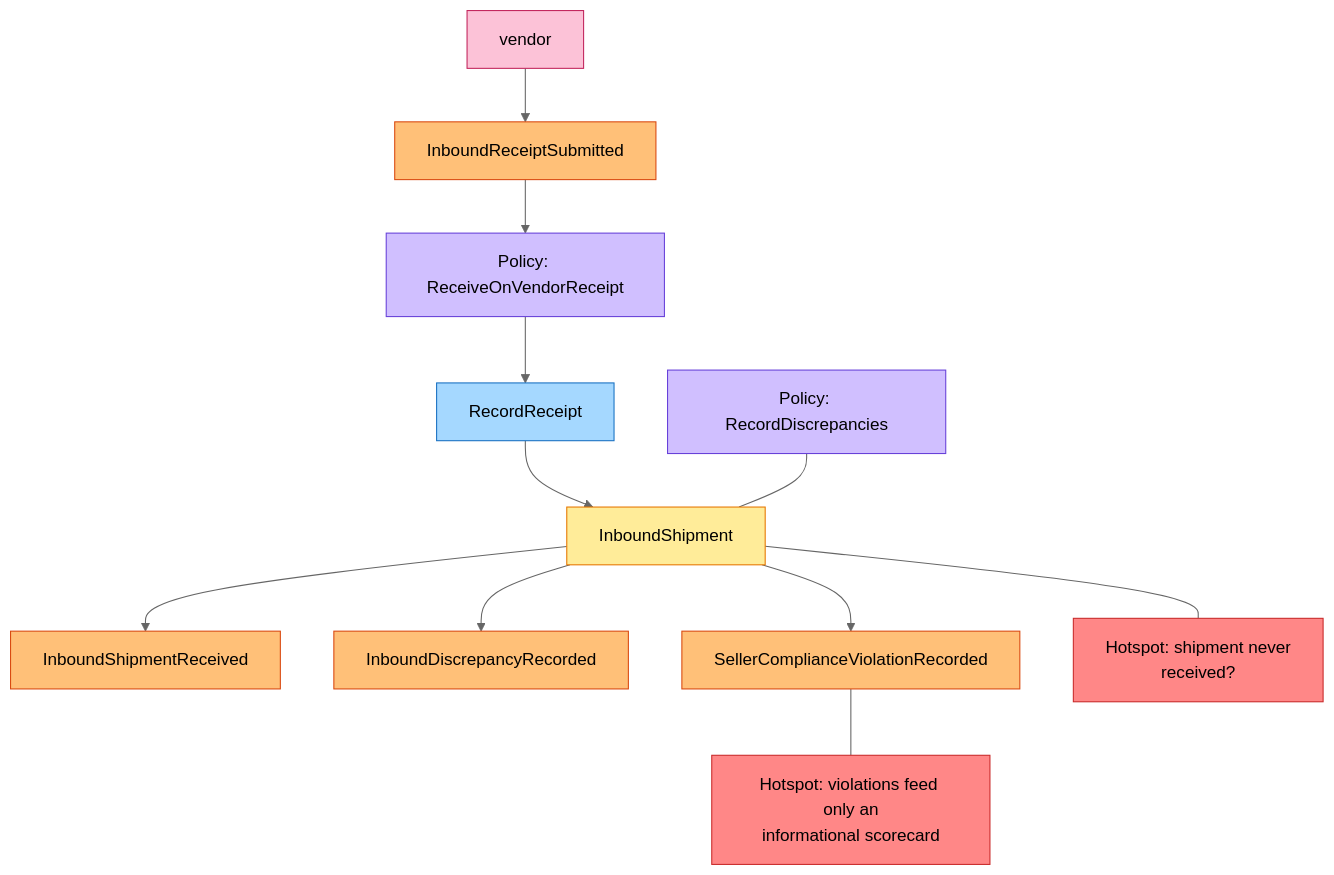
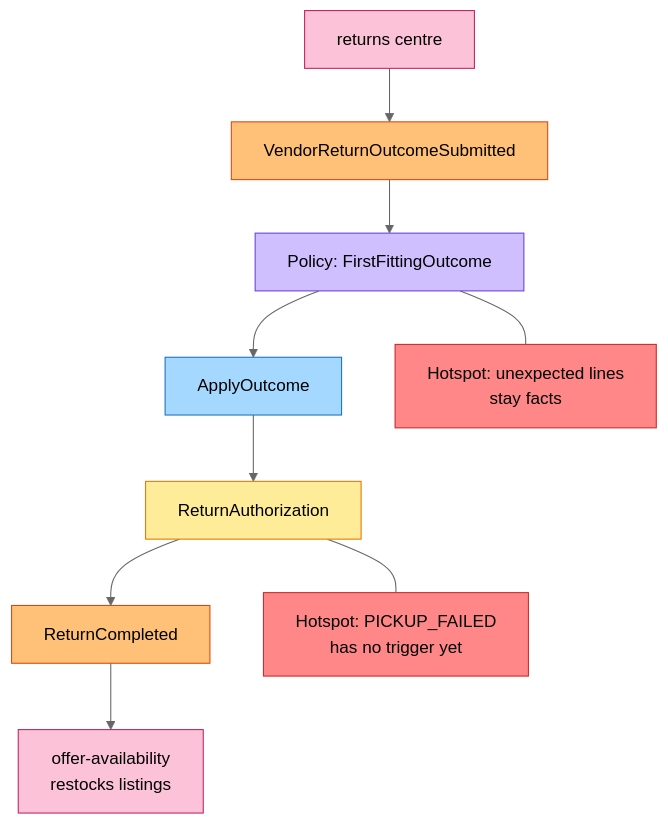
The third of 3 diagrams in docs/docs/ddd/eventstorming.md (IQVO/customer-returns), drawn with Mermaid (neutral theme) before and after one commit. The commit also changed other lines of this file and 13 other files, not shown here.

````diff
--- a/docs/docs/ddd/eventstorming.md
+++ b/docs/docs/ddd/eventstorming.md
@@ -83,27 +85,21 @@
 ```mermaid
 flowchart TB
-    V["vendor"]:::external
-    E1["InboundReceiptSubmitted"]:::event
-    P1["Policy: ReceiveOnVendorReceipt"]:::policy
-    C1["RecordReceipt"]:::command
-    G1["InboundShipment"]:::aggregate
-    P2["Policy: RecordDiscrepancies"]:::policy
-    E2["InboundShipmentReceived"]:::event
-    E3["InboundDiscrepancyRecorded"]:::event
-    E4["SellerComplianceViolationRecorded"]:::event
-    H1["Hotspot: shipment never<br/>received?"]:::hotspot
-    H2["Hotspot: violations feed only an<br/>informational scorecard"]:::hotspot
-    V --> E1 --> P1 --> C1 --> G1
-    P2 --- G1
-    G1 --> E2
-    G1 --> E3
-    G1 --> E4
-    G1 --- H1
-    E4 --- H2
+    V["returns centre"]:::external
+    E1["VendorReturnOutcomeSubmitted"]:::event
+    P1["Policy: FirstFittingOutcome"]:::policy
+    C1["ApplyOutcome"]:::command
+    G1["ReturnAuthorization"]:::aggregate
+    E2["ReturnCompleted"]:::event
+    X2["offer-availability<br/>restocks listings"]:::external
+    H1["Hotspot: unexpected lines<br/>stay facts"]:::hotspot
+    H2["Hotspot: PICKUP_FAILED<br/>has no trigger yet"]:::hotspot
+    V --> E1 --> P1 --> C1 --> G1 --> E2 --> X2
+    P1 --- H1
+    G1 --- H2
     classDef command fill:#a5d8ff,stroke:#1971c2,color:#000
     classDef aggregate fill:#ffec99,stroke:#e67700,color:#000
     classDef event fill:#ffc078,stroke:#d9480f,color:#000
     classDef policy fill:#d0bfff,stroke:#6741d9,color:#000
     classDef external fill:#fcc2d7,stroke:#c2255c,color:#000
     classDef hotspot fill:#ff8787,stroke:#c92a2a,color:#000
 ```
````
